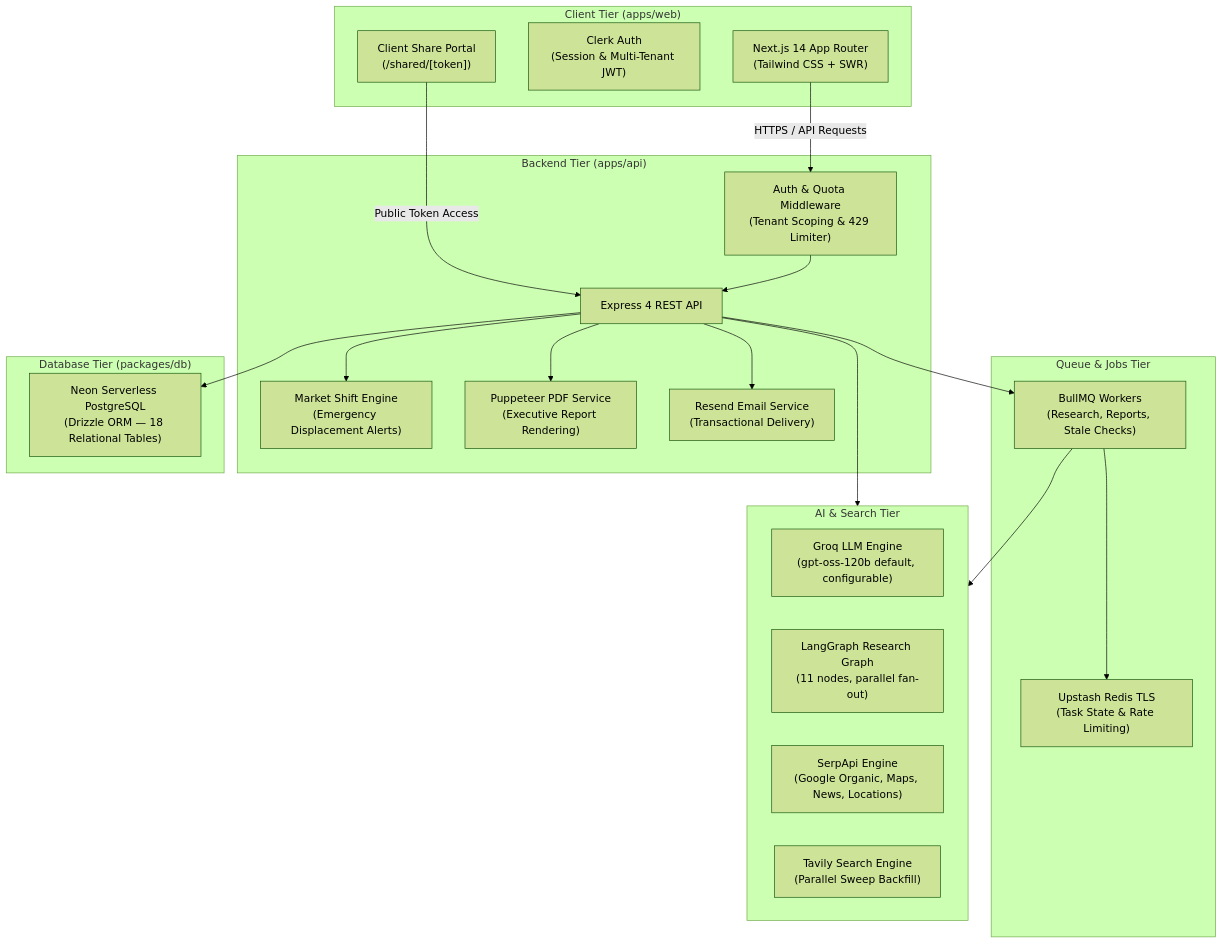
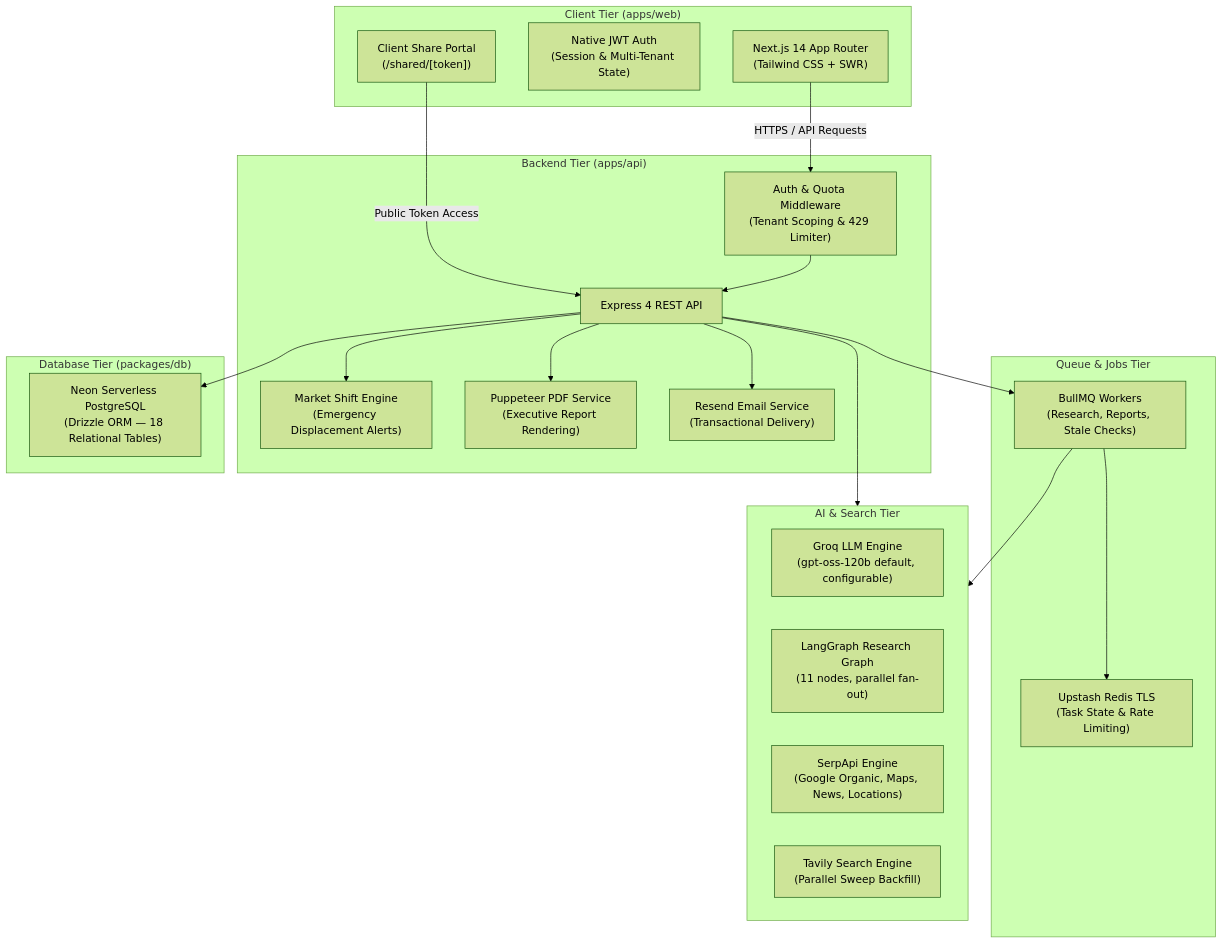
Before and after one commit to Kushagra-Bro/Serp-Scout: the diagram in README.md, drawn with Mermaid (forest theme). The commit also changed other lines of this file and 37 other files, not shown here.

````diff
--- a/README.md
+++ b/README.md
@@ -85,44 +84,44 @@
 ```mermaid
 flowchart TD
     subgraph Client["Client Tier (apps/web)"]
         UI["Next.js 14 App Router\n(Tailwind CSS + SWR)"]
-        ClerkAuth["Clerk Auth\n(Session & Multi-Tenant JWT)"]
+        NativeAuth["Native JWT Auth\n(Session & Multi-Tenant State)"]
         PublicShare["Client Share Portal\n(/shared/[token])"]
     end
 
     subgraph API["Backend Tier (apps/api)"]
         Express["Express 4 REST API"]
         Middleware["Auth & Quota Middleware\n(Tenant Scoping & 429 Limiter)"]
         MarketShift["Market Shift Engine\n(Emergency Displacement Alerts)"]
         PuppeteerEngine["Puppeteer PDF Service\n(Executive Report Rendering)"]
         ResendService["Resend Email Service\n(Transactional Delivery)"]
     end
 
     subgraph Worker["Queue & Jobs Tier"]
         BullMQ["BullMQ Workers\n(Research, Reports, Stale Checks)"]
         Redis["Upstash Redis TLS\n(Task State & Rate Limiting)"]
     end
 
     subgraph AI["AI & Search Tier"]
         Groq["Groq LLM Engine\n(gpt-oss-120b default, configurable)"]
         LangGraph["LangGraph Research Graph\n(11 nodes, parallel fan-out)"]
         SerpApi["SerpApi Engine\n(Google Organic, Maps, News, Locations)"]
         Tavily["Tavily Search Engine\n(Parallel Sweep Backfill)"]
     end
 
     subgraph DB["Database Tier (packages/db)"]
         Neon["Neon Serverless PostgreSQL\n(Drizzle ORM — 18 Relational Tables)"]
     end
 
     UI -->|HTTPS / API Requests| Middleware
     PublicShare -->|Public Token Access| Express
     Middleware --> Express
     Express --> Neon
     Express --> MarketShift
     Express --> BullMQ
     BullMQ --> Redis
     BullMQ --> AI
     Express --> AI
     Express --> PuppeteerEngine
     Express --> ResendService
 ```
````
